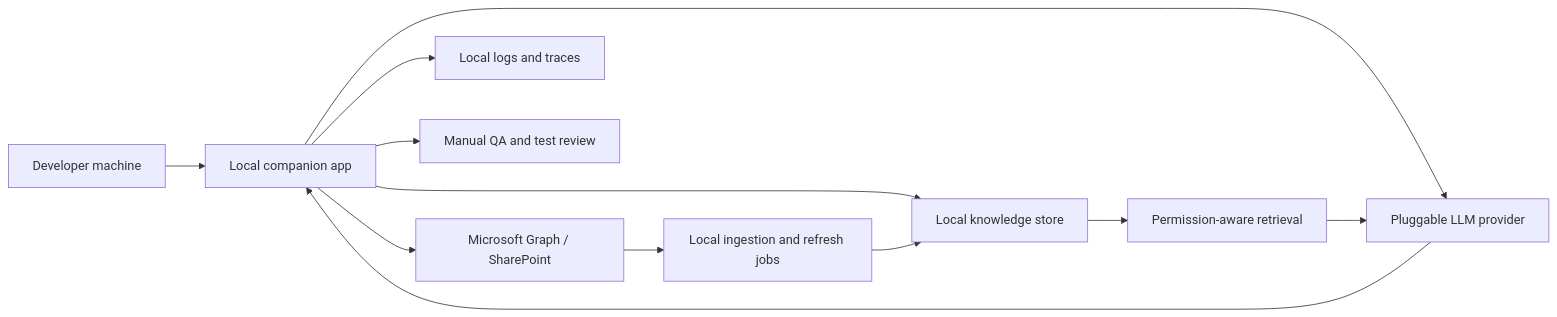
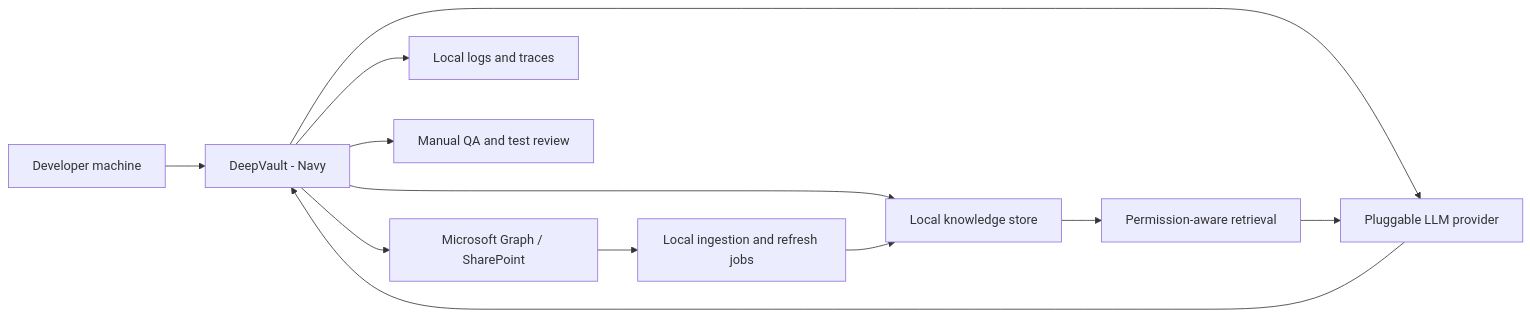
Before and after one commit to AlexAgo83/deepvault: the second of 2 diagrams in logics/product/prod_001_local_first_development_and_test_strategy.md, drawn with Mermaid. The commit also changed other lines of this file and 21 other files, not shown here.

Commit message:
Update DeepVault naming and Azure hosting docs

````diff
--- a/logics/product/prod_001_local_first_development_and_test_strategy.md
+++ b/logics/product/prod_001_local_first_development_and_test_strategy.md
@@ -62,14 +62,14 @@
 ```mermaid
 flowchart LR
-    Dev[Developer machine] --> App[Local companion app]
+    Dev[Developer machine] --> App[DeepVault - Navy]
     App --> Graph[Microsoft Graph / SharePoint]
     App --> Store[Local knowledge store]
     App --> LLM[Pluggable LLM provider]
     App --> Audit[Local logs and traces]
     Graph --> Ingest[Local ingestion and refresh jobs]
     Ingest --> Store
     Store --> Retrieve[Permission-aware retrieval]
     Retrieve --> LLM
     LLM --> App
     App --> Review[Manual QA and test review]
 ```
````
